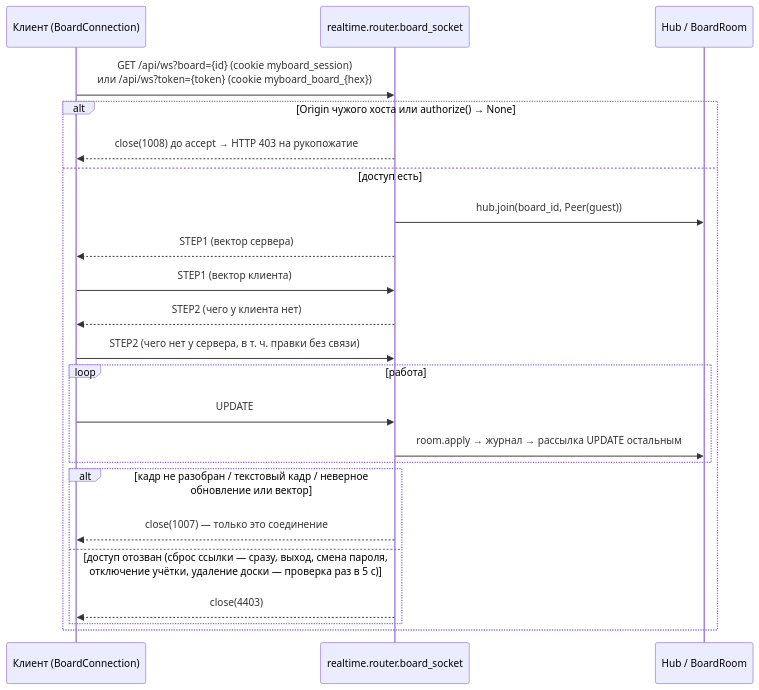
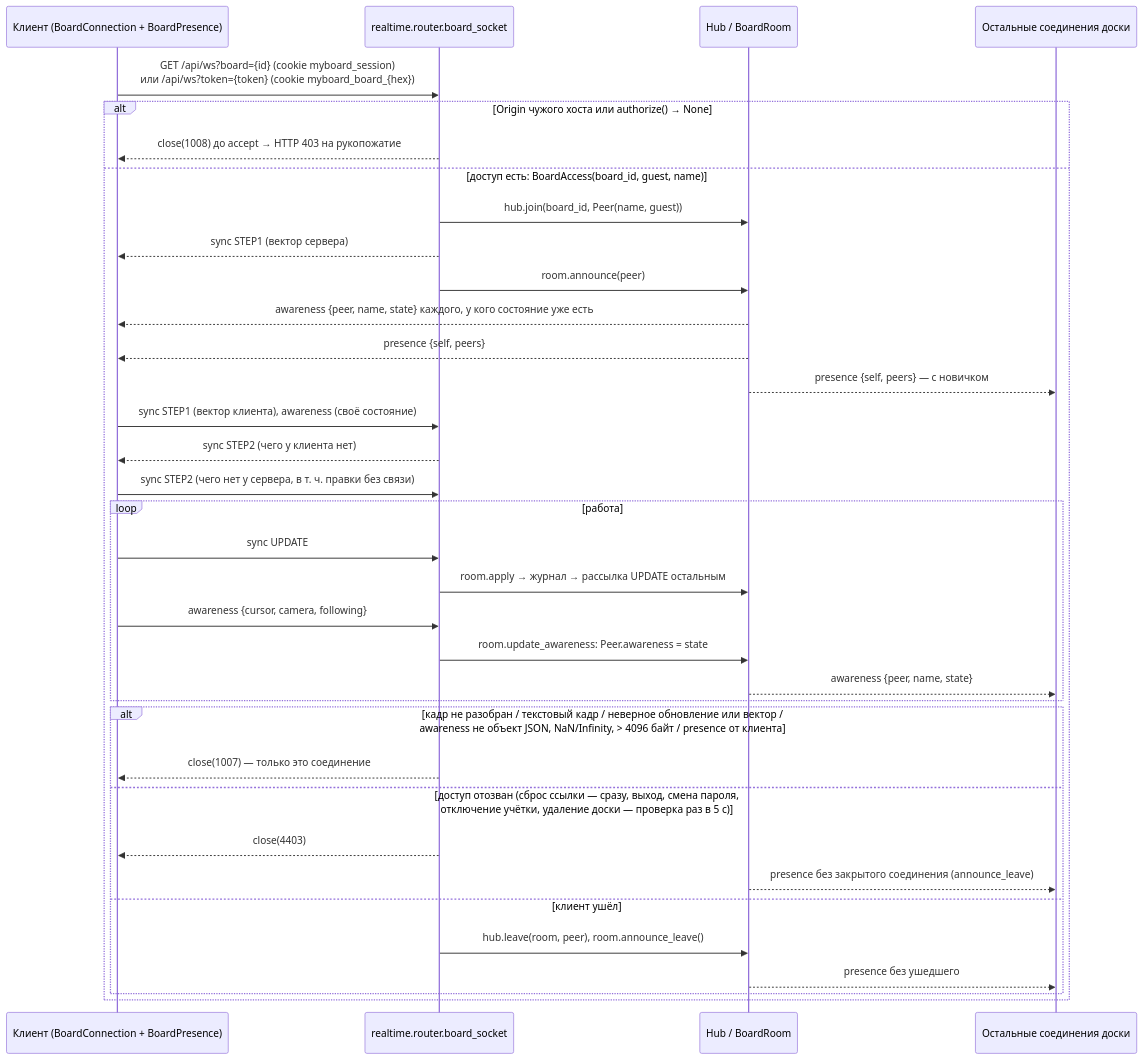
One commit to shumakove/myboard changed the second of 2 diagrams in uml/ws-protocol.md. Above: the diagram before and after it, drawn with Mermaid. The commit also changed other lines of this file and 7 other files, not shown here.

Commit message:
T4.2: Обновить UML-схемы присутствия и курсоров

````diff
--- a/uml/ws-protocol.md
+++ b/uml/ws-protocol.md
@@ -63,26 +119,38 @@
 ```mermaid
 sequenceDiagram
-  participant C as Клиент (BoardConnection)
+  participant C as Клиент (BoardConnection + BoardPresence)
   participant R as realtime.router.board_socket
   participant H as Hub / BoardRoom
+  participant O as Остальные соединения доски
 
   C->>R: GET /api/ws?board={id} (cookie myboard_session)<br/>или /api/ws?token={token} (cookie myboard_board_{hex})
   alt Origin чужого хоста или authorize() → None
     R-->>C: close(1008) до accept → HTTP 403 на рукопожатие
-  else доступ есть
-    R->>H: hub.join(board_id, Peer(guest))
-    R-->>C: STEP1 (вектор сервера)
-    C->>R: STEP1 (вектор клиента)
-    R-->>C: STEP2 (чего у клиента нет)
-    C->>R: STEP2 (чего нет у сервера, в т. ч. правки без связи)
+  else доступ есть: BoardAccess(board_id, guest, name)
+    R->>H: hub.join(board_id, Peer(name, guest))
+    R-->>C: sync STEP1 (вектор сервера)
+    R->>H: room.announce(peer)
+    H-->>C: awareness {peer, name, state} каждого, у кого состояние уже есть
+    H-->>C: presence {self, peers}
+    H-->>O: presence {self, peers} — с новичком
+    C->>R: sync STEP1 (вектор клиента), awareness (своё состояние)
+    R-->>C: sync STEP2 (чего у клиента нет)
+    C->>R: sync STEP2 (чего нет у сервера, в т. ч. правки без связи)
     loop работа
-      C->>R: UPDATE
+      C->>R: sync UPDATE
       R->>H: room.apply → журнал → рассылка UPDATE остальным
+      C->>R: awareness {cursor, camera, following}
+      R->>H: room.update_awareness: Peer.awareness = state
+      H-->>O: awareness {peer, name, state}
     end
-    alt кадр не разобран / текстовый кадр / неверное обновление или вектор
+    alt кадр не разобран / текстовый кадр / неверное обновление или вектор /<br/>awareness не объект JSON, NaN/Infinity, > 4096 байт / presence от клиента
       R-->>C: close(1007) — только это соединение
     else доступ отозван (сброс ссылки — сразу, выход, смена пароля,<br/>отключение учётки, удаление доски — проверка раз в 5 с)
       R-->>C: close(4403)
+      H-->>O: presence без закрытого соединения (announce_leave)
+    else клиент ушёл
+      R->>H: hub.leave(room, peer), room.announce_leave()
+      H-->>O: presence без ушедшего
     end
   end
 ```
````
